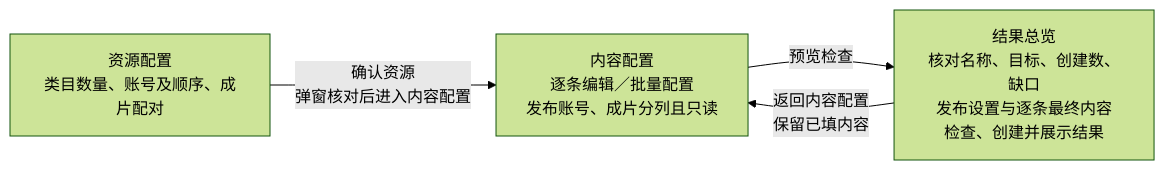
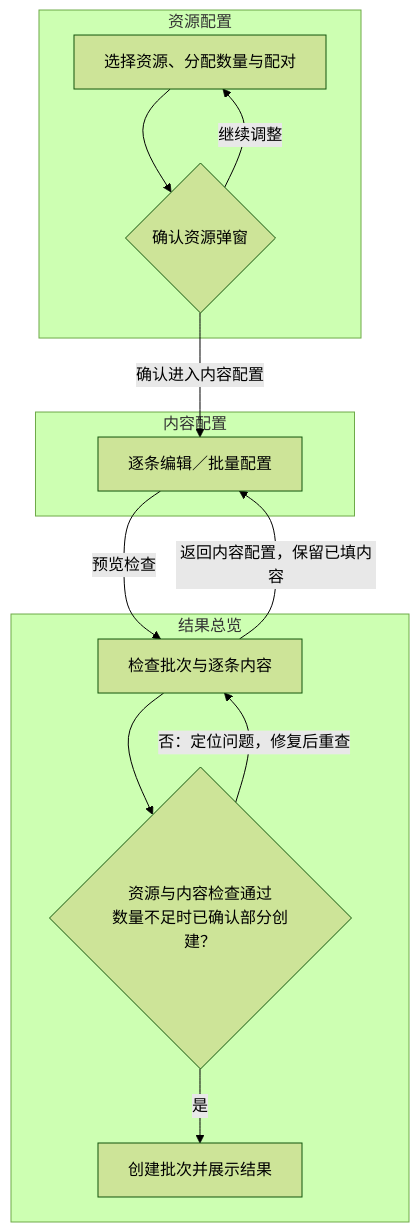
One commit to piqiu96/wt-media-workspace changed the second of 2 diagrams in docs/design/发布管理 PRD 可读性优化与重构方案.md. Above: the diagram before and after it, drawn with Mermaid (forest theme). The commit also changed other lines of this file and 1 other file, not shown here.

````diff
--- a/docs/design/发布管理 PRD 可读性优化与重构方案.md
+++ b/docs/design/发布管理 PRD 可读性优化与重构方案.md
@@ -156,6 +153,18 @@
 ```mermaid
-flowchart LR
-    R["资源配置<br/>类目数量、账号及顺序、成片配对"] -->|"确认资源<br/>弹窗核对后进入内容配置"| C["内容配置<br/>逐条编辑／批量配置<br/>发布账号、成片分列且只读"]
-    C -->|"预览检查"| O["结果总览<br/>核对名称、目标、创建数、缺口<br/>发布设置与逐条最终内容<br/>检查、创建并展示结果"]
-    O -->|"返回内容配置<br/>保留已填内容"| C
+flowchart TD
+    subgraph S1["资源配置"]
+        R["选择资源、分配数量与配对"] --> Q{"确认资源弹窗"}
+        Q -->|"继续调整"| R
+    end
+    subgraph S2["内容配置"]
+        C["逐条编辑／批量配置"]
+    end
+    subgraph S3["结果总览"]
+        O["检查批次与逐条内容"] --> G{"资源与内容检查通过<br/>数量不足时已确认部分创建？"}
+        G -->|"否：定位问题，修复后重查"| O
+        G -->|"是"| T["创建批次并展示结果"]
+    end
+    Q -->|"确认进入内容配置"| C
+    C -->|"预览检查"| O
+    O -->|"返回内容配置，保留已填内容"| C
 ```
````
